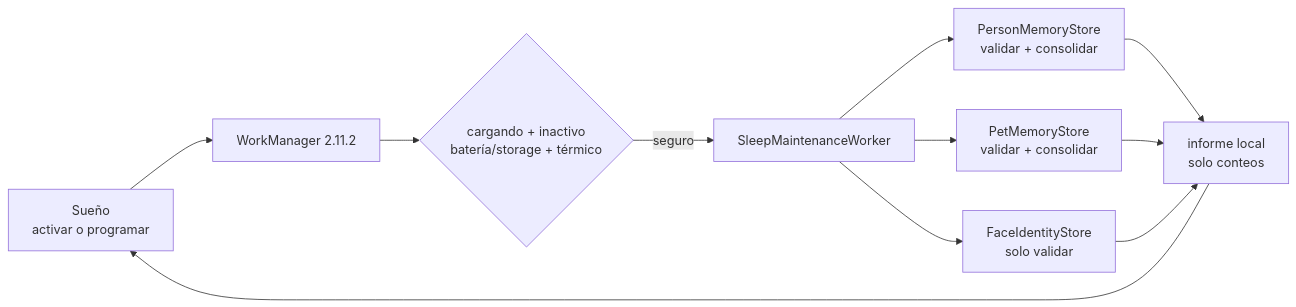
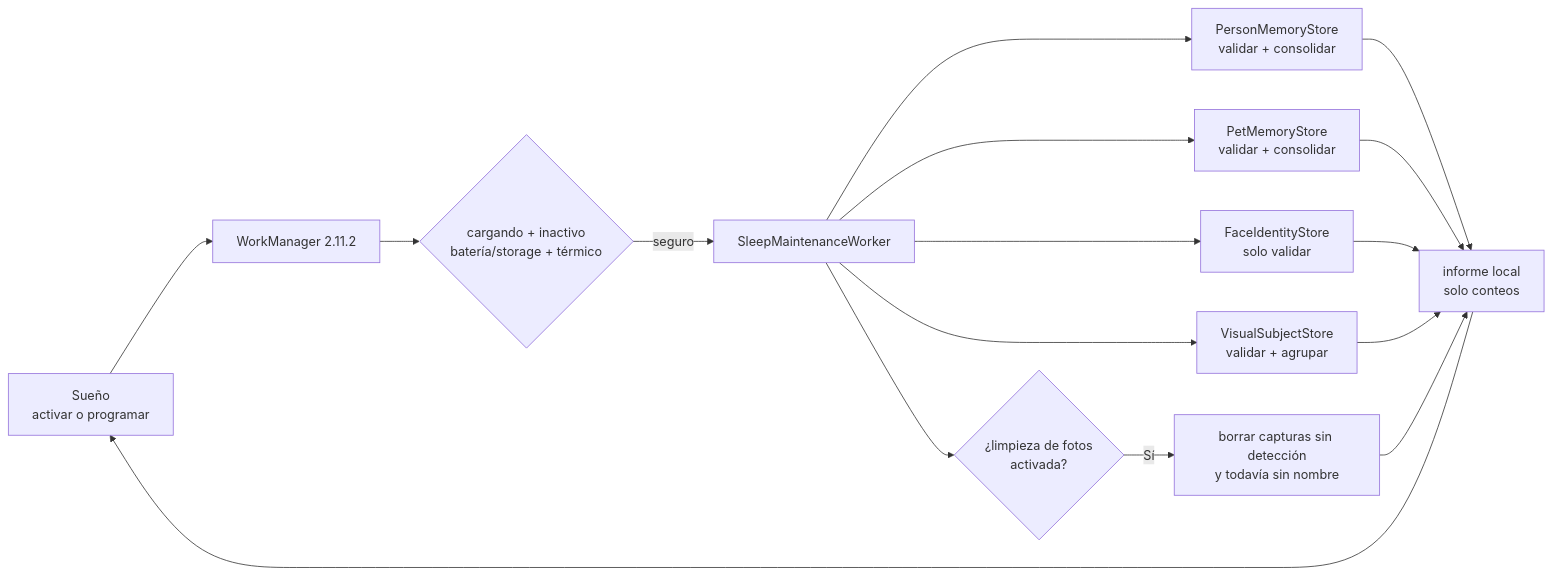
The fourth of 7 diagrams in docs/ARCHITECTURE.md (arielmendz/kiko), drawn with Mermaid before and after one commit. The commit also changed other lines of this file and 28 other files, not shown here.

````diff
--- a/docs/ARCHITECTURE.md
+++ b/docs/ARCHITECTURE.md
@@ -203,13 +216,18 @@
 ```mermaid
 flowchart LR
     Owner["Sueño<br/>activar o programar"] --> Scheduler["WorkManager 2.11.2"]
     Scheduler --> Constraints{"cargando + inactivo<br/>batería/storage + térmico"}
     Constraints -- "seguro" --> Worker["SleepMaintenanceWorker"]
     Worker --> People["PersonMemoryStore<br/>validar + consolidar"]
     Worker --> Pets["PetMemoryStore<br/>validar + consolidar"]
     Worker --> Faces["FaceIdentityStore<br/>solo validar"]
+    Worker --> Subjects["VisualSubjectStore<br/>validar + agrupar"]
+    Worker --> Photos{"¿limpieza de fotos<br/>activada?"}
+    Photos -- "Sí" --> Delete["borrar capturas sin detección<br/>y todavía sin nombre"]
     People --> Report["informe local<br/>solo conteos"]
     Pets --> Report
     Faces --> Report
+    Subjects --> Report
+    Delete --> Report
     Report --> Owner
 ```
````
